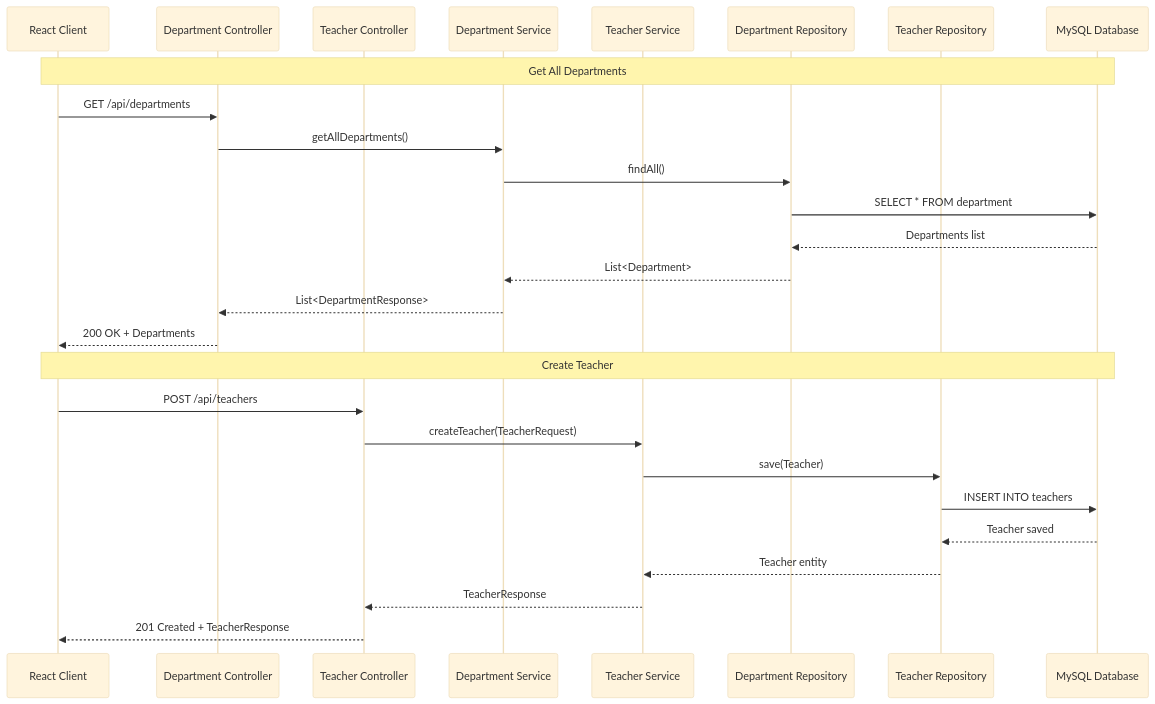
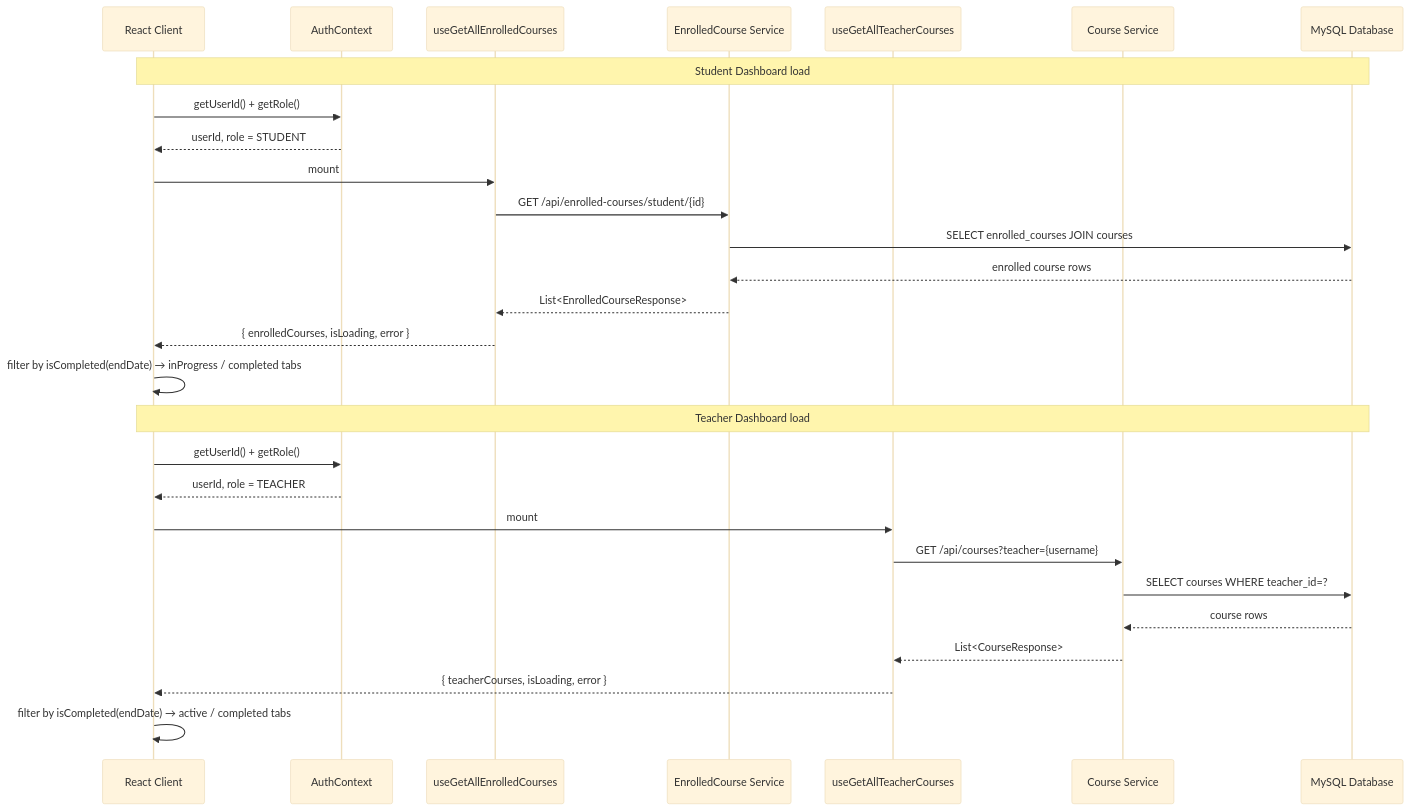
Before and after one commit to mahmoudss5/Uni-System: the seventh of 7 diagrams in diagrams/sequential-diagram.md, drawn with Mermaid (base theme). The commit also changed other lines of this file and 3 other files, not shown here.

Commit message:
update readme and diagrams

````diff
--- a/diagrams/sequential-diagram.md
+++ b/diagrams/sequential-diagram.md
@@ -190,31 +250,34 @@
 ```mermaid
 sequenceDiagram
     participant Client as React Client
-    participant DeptController as Department Controller
-    participant TeacherController as Teacher Controller
-    participant DeptService as Department Service
-    participant TeacherService as Teacher Service
-    participant DeptRepo as Department Repository
-    participant TeacherRepo as Teacher Repository
+    participant AuthCtx as AuthContext
+    participant EnrollHook as useGetAllEnrolledCourses
+    participant EnrollSvc as EnrolledCourse Service
+    participant CourseHook as useGetAllTeacherCourses
+    participant CourseSvc as Course Service
     participant DB as MySQL Database
 
-    Note over Client,DB: Get All Departments
-    Client->>DeptController: GET /api/departments
-    DeptController->>DeptService: getAllDepartments()
-    DeptService->>DeptRepo: findAll()
-    DeptRepo->>DB: SELECT * FROM department
-    DB-->>DeptRepo: Departments list
-    DeptRepo-->>DeptService: List<Department>
-    DeptService-->>DeptController: List<DepartmentResponse>
-    DeptController-->>Client: 200 OK + Departments
+    Note over Client,DB: Student Dashboard load
+    Client->>AuthCtx: getUserId() + getRole()
+    AuthCtx-->>Client: userId, role = STUDENT
 
-    Note over Client,DB: Create Teacher
-    Client->>TeacherController: POST /api/teachers
-    TeacherController->>TeacherService: createTeacher(TeacherRequest)
-    TeacherService->>TeacherRepo: save(Teacher)
-    TeacherRepo->>DB: INSERT INTO teachers
-    DB-->>TeacherRepo: Teacher saved
-    TeacherRepo-->>TeacherService: Teacher entity
-    TeacherService-->>TeacherController: TeacherResponse
-    TeacherController-->>Client: 201 Created + TeacherResponse
+    Client->>EnrollHook: mount
+    EnrollHook->>EnrollSvc: GET /api/enrolled-courses/student/{id}
+    EnrollSvc->>DB: SELECT enrolled_courses JOIN courses
+    DB-->>EnrollSvc: enrolled course rows
+    EnrollSvc-->>EnrollHook: List<EnrolledCourseResponse>
+    EnrollHook-->>Client: { enrolledCourses, isLoading, error }
+    Client->>Client: filter by isCompleted(endDate) → inProgress / completed tabs
+
+    Note over Client,DB: Teacher Dashboard load
+    Client->>AuthCtx: getUserId() + getRole()
+    AuthCtx-->>Client: userId, role = TEACHER
+
+    Client->>CourseHook: mount
+    CourseHook->>CourseSvc: GET /api/courses?teacher={username}
+    CourseSvc->>DB: SELECT courses WHERE teacher_id=?
+    DB-->>CourseSvc: course rows
+    CourseSvc-->>CourseHook: List<CourseResponse>
+    CourseHook-->>Client: { teacherCourses, isLoading, error }
+    Client->>Client: filter by isCompleted(endDate) → active / completed tabs
 ```
````
